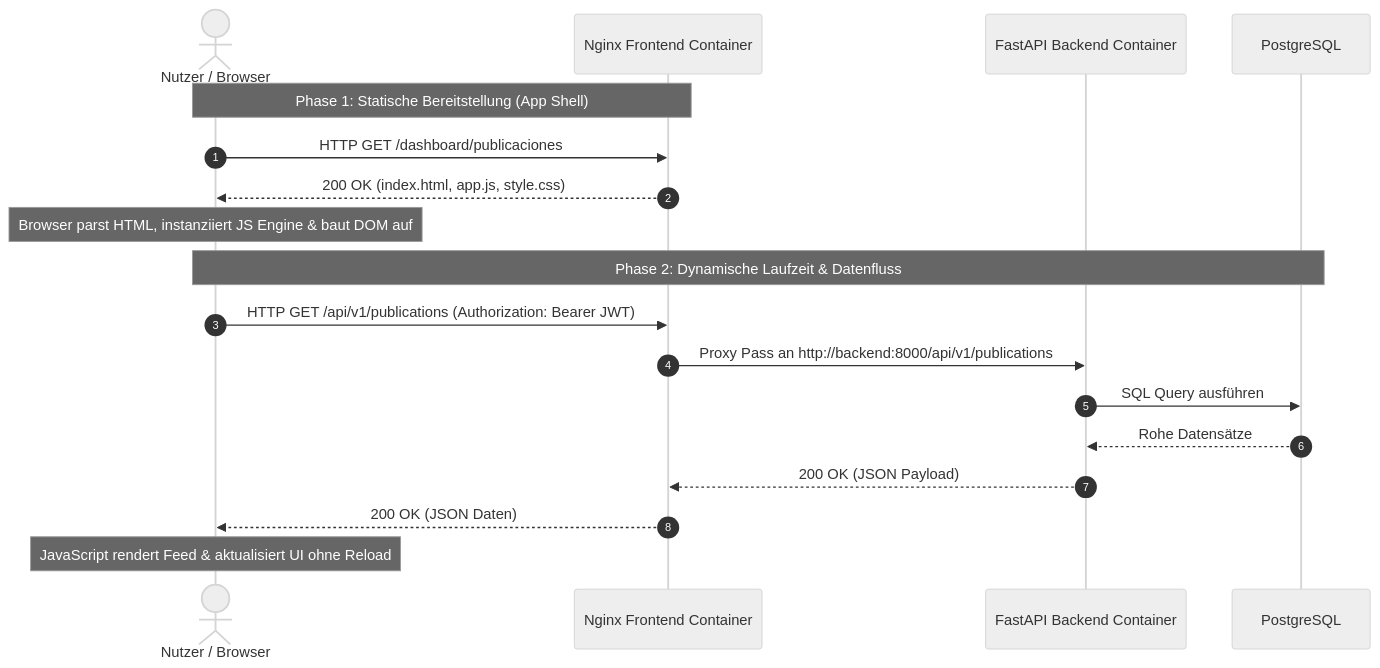
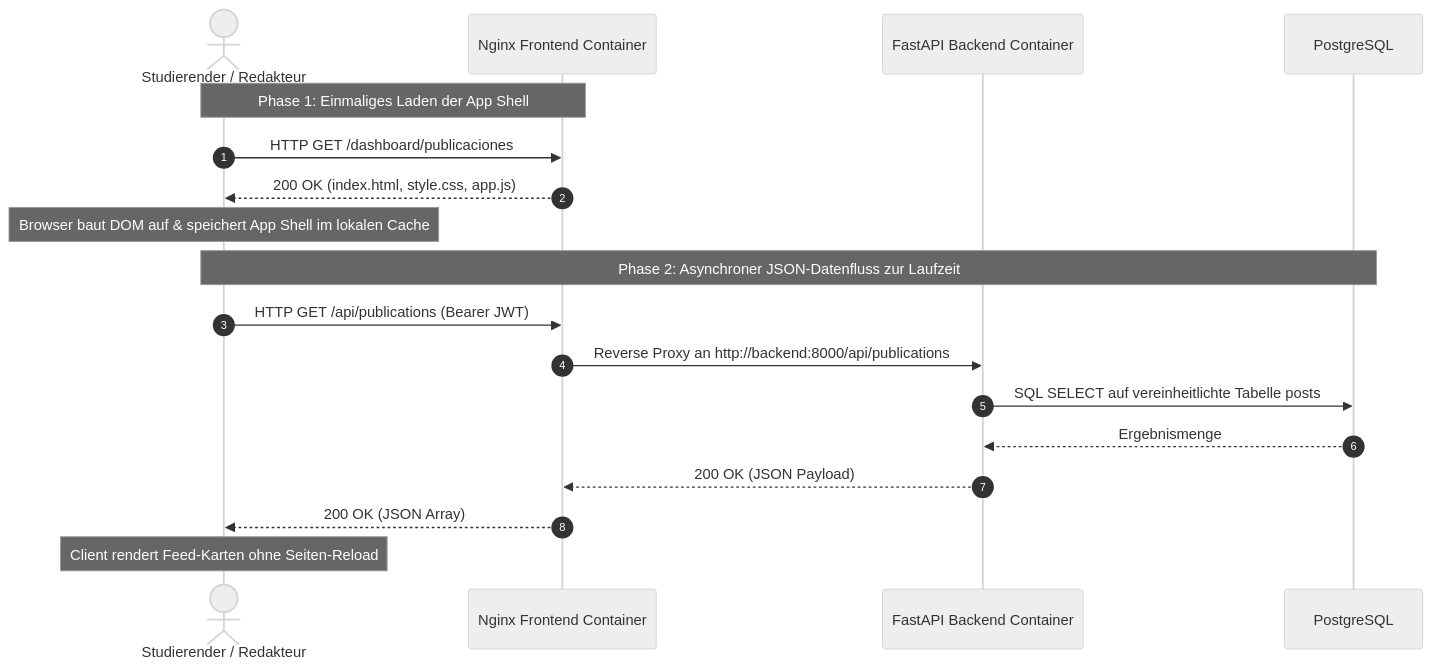
One commit to Pascal-Thommen/pascal-thommen.github.io changed the first of 2 diagrams in content/posts/upa-campus-app-architecture-part-4/index.de.md. Above: the diagram before and after it, drawn with Mermaid (neutral theme). The commit also changed other lines of this file and 20 other files, not shown here.

Commit message:
feat(posts): refine UPA Campus App architecture series with holistic webapp mental model and specification depth

````diff
--- a/content/posts/upa-campus-app-architecture-part-4/index.de.md
+++ b/content/posts/upa-campus-app-architecture-part-4/index.de.md
@@ -91,22 +30,22 @@
 ```mermaid
 sequenceDiagram
     autonumber
-    actor User as Nutzer / Browser
+    actor User as Studierender / Redakteur
     participant Nginx as Nginx Frontend Container
     participant Backend as FastAPI Backend Container
     participant DB as PostgreSQL
 
-    Note over User,Nginx: Phase 1: Statische Bereitstellung (App Shell)
+    Note over User,Nginx: Phase 1: Einmaliges Laden der App Shell
     User->>Nginx: HTTP GET /dashboard/publicaciones
-    Nginx-->>User: 200 OK (index.html, app.js, style.css)
-    Note over User: Browser parst HTML, instanziiert JS Engine & baut DOM auf
+    Nginx-->>User: 200 OK (index.html, style.css, app.js)
+    Note over User: Browser baut DOM auf & speichert App Shell im lokalen Cache
 
-    Note over User,DB: Phase 2: Dynamische Laufzeit & Datenfluss
-    User->>Nginx: HTTP GET /api/v1/publications (Authorization: Bearer JWT)
-    Nginx->>Backend: Proxy Pass an http://backend:8000/api/v1/publications
-    Backend->>DB: SQL Query ausführen
-    DB-->>Backend: Rohe Datensätze
+    Note over User,DB: Phase 2: Asynchroner JSON-Datenfluss zur Laufzeit
+    User->>Nginx: HTTP GET /api/publications (Bearer JWT)
+    Nginx->>Backend: Reverse Proxy an http://backend:8000/api/publications
+    Backend->>DB: SQL SELECT auf vereinheitlichte Tabelle posts
+    DB-->>Backend: Ergebnismenge
     Backend-->>Nginx: 200 OK (JSON Payload)
-    Nginx-->>User: 200 OK (JSON Daten)
-    Note over User: JavaScript rendert Feed & aktualisiert UI ohne Reload
+    Nginx-->>User: 200 OK (JSON Array)
+    Note over User: Client rendert Feed-Karten ohne Seiten-Reload
 ```
````
